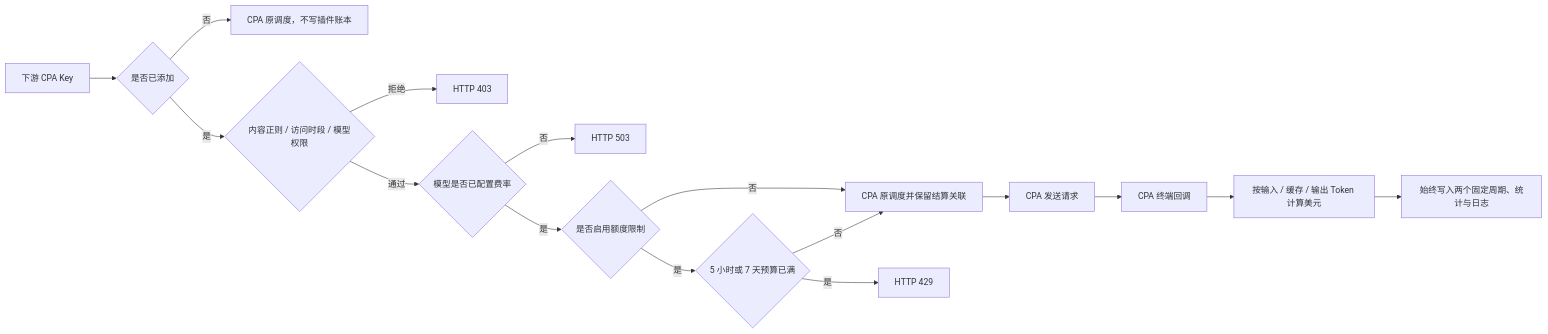
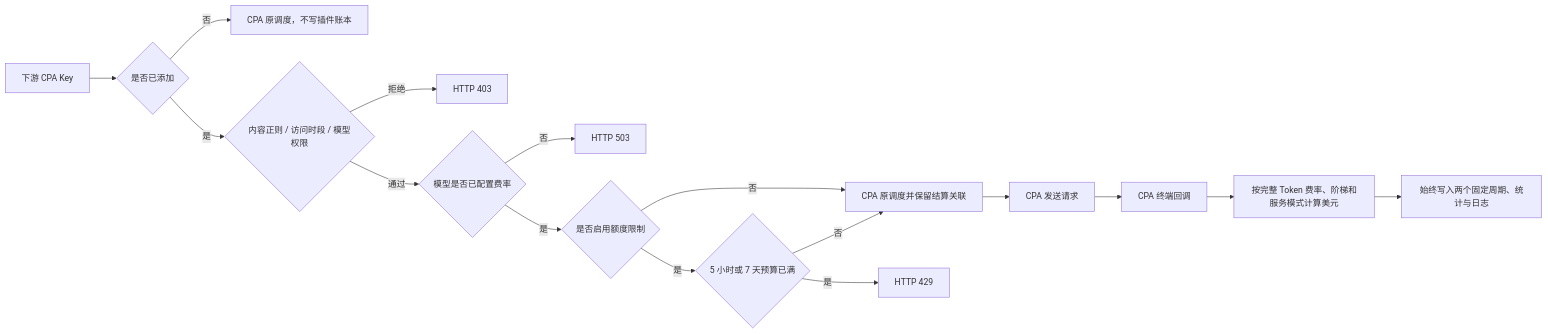
One commit to lucky98556/codex-carpool changed the diagram in README.md. Above: the diagram before and after it, drawn with Mermaid. The commit also changed other lines of this file and 21 other files, not shown here.

````diff
--- a/README.md
+++ b/README.md
@@ -30,18 +31,18 @@
 ```mermaid
 flowchart LR
     K["下游 CPA Key"] --> P{"是否已添加"}
     P -- 否 --> N["CPA 原调度，不写插件账本"]
     P -- 是 --> F{"内容正则 / 访问时段 / 模型权限"}
     F -- 拒绝 --> E403["HTTP 403"]
     F -- 通过 --> R{"模型是否已配置费率"}
     R -- 否 --> E503["HTTP 503"]
     R -- 是 --> M{"是否启用额度限制"}
     M -- 否 --> C["CPA 原调度并保留结算关联"]
     M -- 是 --> B{"5 小时或 7 天预算已满"}
     B -- 是 --> E429["HTTP 429"]
     B -- 否 --> C
     C --> U["CPA 发送请求"]
     U --> S["CPA 终端回调"]
-    S --> L["按输入 / 缓存 / 输出 Token 计算美元"]
+    S --> L["按完整 Token 费率、阶梯和服务模式计算美元"]
     L --> W["始终写入两个固定周期、统计与日志"]
 ```
````
